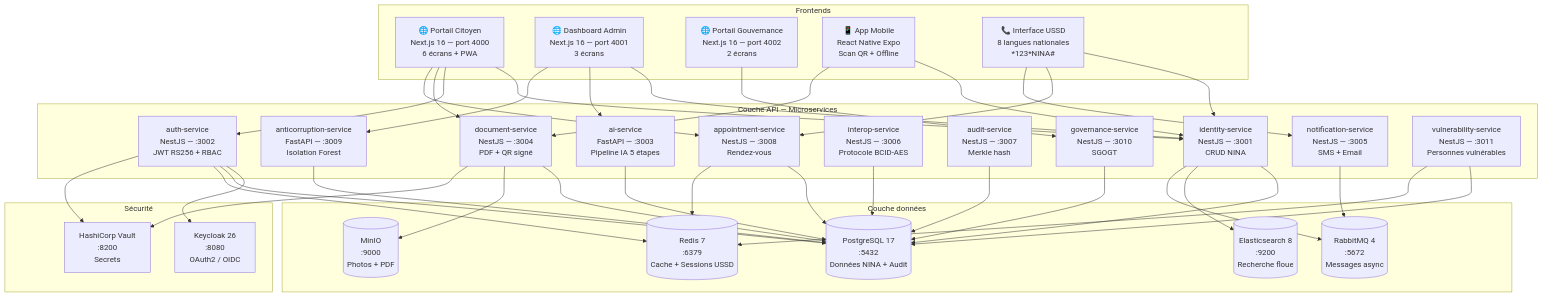
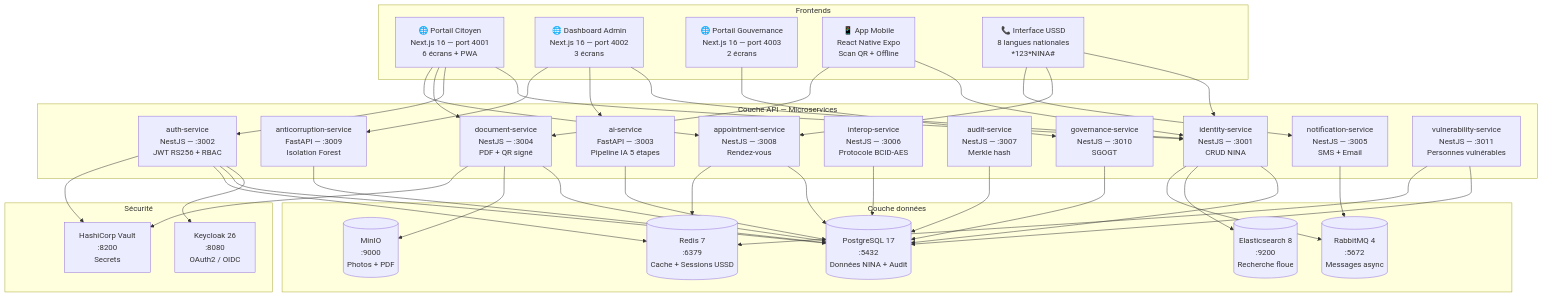
The second of 13 diagrams in docs/02-ARCHITECTURE-GLOBALE.md (TheManInPink/Session-Ete-2026), drawn with Mermaid before and after one commit. The commit also changed other lines of this file and 5 other files, not shown here.

````diff
--- a/docs/02-ARCHITECTURE-GLOBALE.md
+++ b/docs/02-ARCHITECTURE-GLOBALE.md
@@ -127,74 +127,74 @@
 ```mermaid
 graph TB
     subgraph "Frontends"
-        FE_CIT["🌐 Portail Citoyen<br/>Next.js 16 — port 4000<br/>6 écrans + PWA"]
-        FE_ADM["🌐 Dashboard Admin<br/>Next.js 16 — port 4001<br/>3 écrans"]
-        FE_GOV["🌐 Portail Gouvernance<br/>Next.js 16 — port 4002<br/>2 écrans"]
+        FE_CIT["🌐 Portail Citoyen<br/>Next.js 16 — port 4001<br/>6 écrans + PWA"]
+        FE_ADM["🌐 Dashboard Admin<br/>Next.js 16 — port 4002<br/>3 écrans"]
+        FE_GOV["🌐 Portail Gouvernance<br/>Next.js 16 — port 4003<br/>2 écrans"]
         FE_MOB["📱 App Mobile<br/>React Native Expo<br/>Scan QR + Offline"]
         FE_USSD["📞 Interface USSD<br/>8 langues nationales<br/>*123*NINA#"]
     end
 
     subgraph "Couche API — Microservices"
         SVC_ID["identity-service<br/>NestJS — :3001<br/>CRUD NINA"]
         SVC_AUTH["auth-service<br/>NestJS — :3002<br/>JWT RS256 + RBAC"]
         SVC_AI["ai-service<br/>FastAPI — :3003<br/>Pipeline IA 5 étapes"]
         SVC_DOC["document-service<br/>NestJS — :3004<br/>PDF + QR signé"]
         SVC_NOTIF["notification-service<br/>NestJS — :3005<br/>SMS + Email"]
         SVC_INTER["interop-service<br/>NestJS — :3006<br/>Protocole BCID-AES"]
         SVC_AUDIT["audit-service<br/>NestJS — :3007<br/>Merkle hash"]
         SVC_RDV["appointment-service<br/>NestJS — :3008<br/>Rendez-vous"]
         SVC_SIGAC["anticorruption-service<br/>FastAPI — :3009<br/>Isolation Forest"]
         SVC_GOUV["governance-service<br/>NestJS — :3010<br/>SGOGT"]
         SVC_VULN["vulnerability-service<br/>NestJS — :3011<br/>Personnes vulnérables"]
     end
 
     subgraph "Couche données"
         PG[("PostgreSQL 17<br/>:5432<br/>Données NINA + Audit")]
         RD[("Redis 7<br/>:6379<br/>Cache + Sessions USSD")]
         ES[("Elasticsearch 8<br/>:9200<br/>Recherche floue")]
         MIO[("MinIO<br/>:9000<br/>Photos + PDF")]
         RMQ[("RabbitMQ 4<br/>:5672<br/>Messages async")]
     end
 
     subgraph "Sécurité"
         KC_SVC["Keycloak 26<br/>:8080<br/>OAuth2 / OIDC"]
         VAULT["HashiCorp Vault<br/>:8200<br/>Secrets"]
     end
 
     FE_CIT --> SVC_ID
     FE_CIT --> SVC_AUTH
     FE_CIT --> SVC_DOC
     FE_CIT --> SVC_RDV
     FE_ADM --> SVC_ID
     FE_ADM --> SVC_AI
     FE_ADM --> SVC_SIGAC
     FE_GOV --> SVC_GOUV
     FE_MOB --> SVC_ID
     FE_MOB --> SVC_DOC
     FE_USSD --> SVC_ID
     FE_USSD --> SVC_RDV
     FE_USSD --> SVC_NOTIF
 
     SVC_ID --> PG
     SVC_ID --> ES
     SVC_AUTH --> KC_SVC
     SVC_AUTH --> PG
     SVC_AUTH --> RD
     SVC_AI --> PG
     SVC_DOC --> PG
     SVC_DOC --> MIO
     SVC_NOTIF --> RMQ
     SVC_AUDIT --> PG
     SVC_RDV --> PG
     SVC_RDV --> RD
     SVC_SIGAC --> PG
     SVC_GOUV --> PG
     SVC_VULN --> PG
     SVC_VULN --> RD
 
     SVC_ID --> RMQ
     SVC_AUTH --> VAULT
     SVC_DOC --> VAULT
 
     SVC_INTER --> PG
 ```
````
